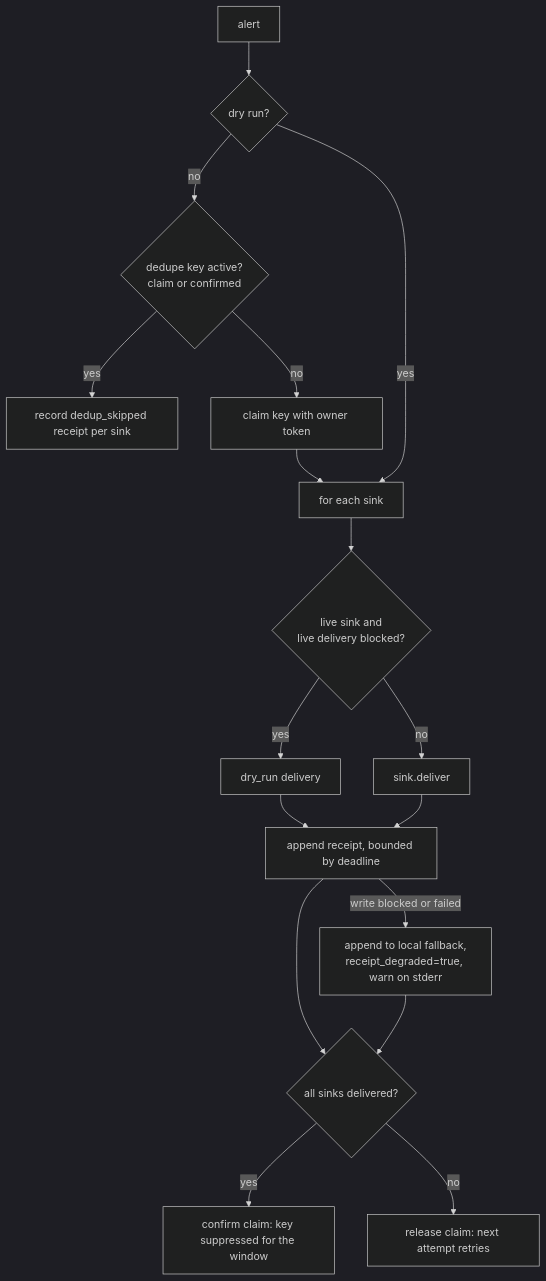
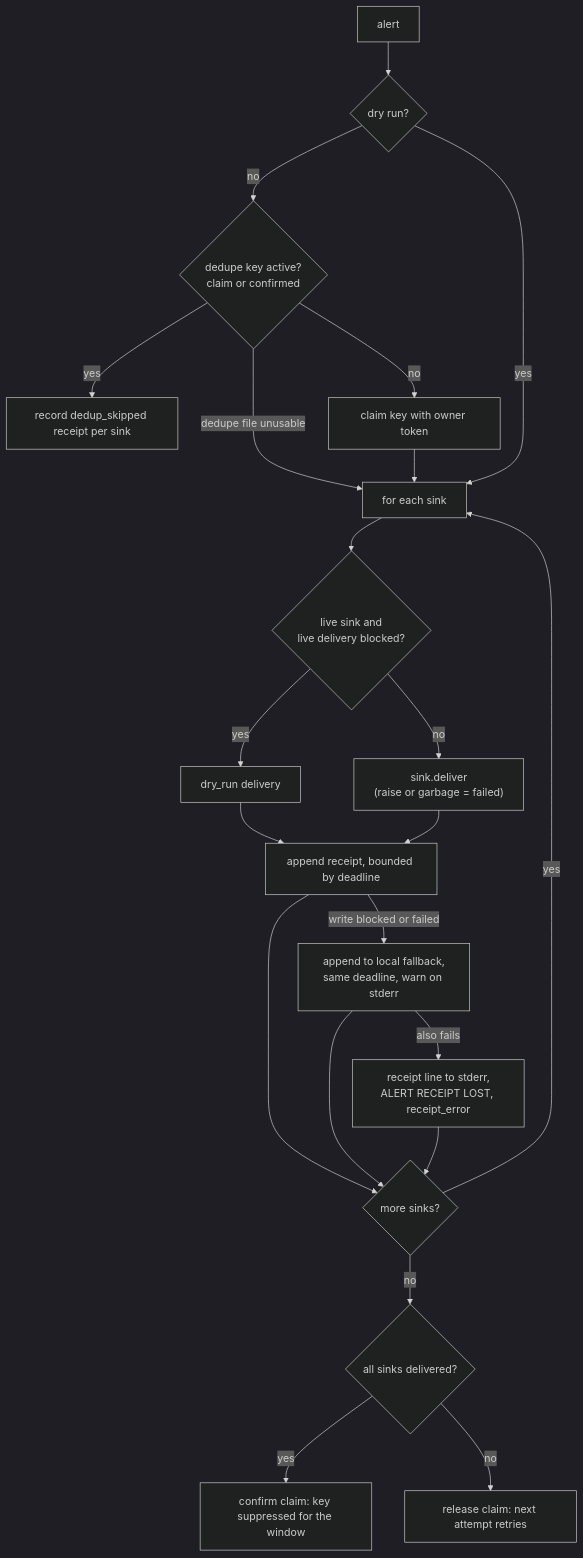
Before and after one commit to JoshSimerman/honest-watchdogs: the first of 3 diagrams in docs/alerts.md, drawn with Mermaid (dark theme). The commit also changed other lines of this file and 8 other files, not shown here.

First line of the commit message:
Fix alert delivery aborting on receipt failure, add CI, trim README

````diff
--- a/docs/alerts.md
+++ b/docs/alerts.md
@@ -24,19 +26,24 @@
 ```mermaid
 flowchart TD
     A[alert] --> B{dry run?}
     B -- no --> C{dedupe key active?<br/>claim or confirmed}
     C -- yes --> S[record dedup_skipped receipt per sink]
     C -- no --> D[claim key with owner token]
+    C -- "dedupe file unusable" --> E
     D --> E[for each sink]
     B -- yes --> E
     E --> F{live sink and<br/>live delivery blocked?}
     F -- yes --> G[dry_run delivery]
-    F -- no --> H[sink.deliver]
+    F -- no --> H["sink.deliver<br/>(raise or garbage = failed)"]
     G --> R[append receipt, bounded by deadline]
     H --> R
-    R -- write blocked or failed --> FB[append to local fallback,<br/>receipt_degraded=true, warn on stderr]
-    R --> I{all sinks delivered?}
-    FB --> I
+    R -- write blocked or failed --> FB[append to local fallback,<br/>same deadline, warn on stderr]
+    FB -- also fails --> L[receipt line to stderr,<br/>ALERT RECEIPT LOST, receipt_error]
+    R --> N{more sinks?}
+    FB --> N
+    L --> N
+    N -- yes --> E
+    N -- no --> I{all sinks delivered?}
     I -- yes --> J[confirm claim: key suppressed for the window]
     I -- no --> K[release claim: next attempt retries]
 ```
````
